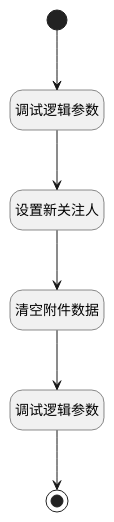
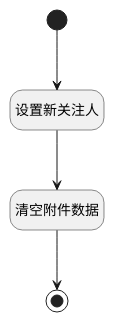
The diagram in doc/docsify/module/TestMgmt/test_case/uilogic/clean_attentions.md (iBizLab/plm), drawn with PlantUML before and after one commit. The commit also changed other lines of this file and 1068 other files, not shown here.

````diff
--- a/doc/docsify/module/TestMgmt/test_case/uilogic/clean_attentions.md
+++ b/doc/docsify/module/TestMgmt/test_case/uilogic/clean_attentions.md
@@ -7,27 +7,23 @@
 ```plantuml
 @startuml
 hide footbox
 <style>
 root {
   HyperlinkColor #42b983
 }
 </style>
 
 hide empty description
 state "开始" as Begin <<start>> [[$./clean_attentions#begin {开始}]]
 state "清空附件数据" as RAWJSCODE2  [[$./clean_attentions#rawjscode2 {清空附件数据}]]
-state "调试逻辑参数" as DEBUGPARAM1  [[$./clean_attentions#debugparam1 {调试逻辑参数}]]
+state "结束" as END1 <<end>> [[$./clean_attentions#end1 {结束}]]
 state "设置新关注人" as RAWJSCODE1  [[$./clean_attentions#rawjscode1 {设置新关注人}]]
-state "结束" as END1 <<end>> [[$./clean_attentions#end1 {结束}]]
-state "调试逻辑参数" as DEBUGPARAM2  [[$./clean_attentions#debugparam2 {调试逻辑参数}]]
 
 
-Begin --> DEBUGPARAM1
-DEBUGPARAM1 --> RAWJSCODE1
+Begin --> RAWJSCODE1
 RAWJSCODE1 --> RAWJSCODE2
-RAWJSCODE2 --> DEBUGPARAM2
-DEBUGPARAM2 --> END1
+RAWJSCODE2 --> END1
 
 
 @enduml
 ```
````
